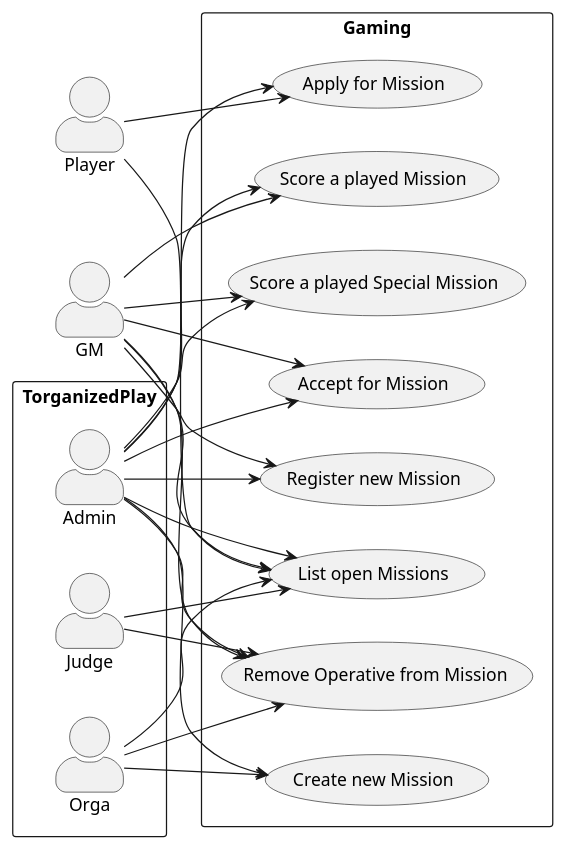
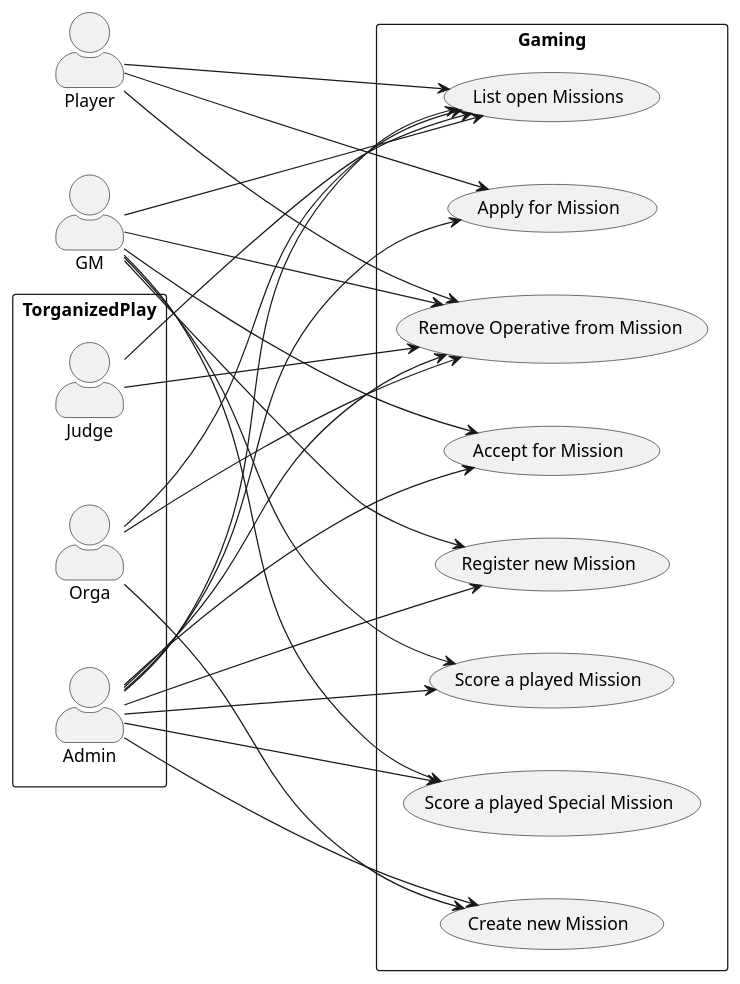
Before and after one commit to Paladins-Inn/torganized-play-architecture: the second of 6 diagrams in src/main/docs/src/03_system_scope_and_context.adoc, drawn with PlantUML. The commit also changed other lines of this file and 30 other files, not shown here.

```diff
--- a/src/main/docs/src/03_system_scope_and_context.adoc
+++ b/src/main/docs/src/03_system_scope_and_context.adoc
@@ -54,53 +60,56 @@
 [plantuml,business-context-gaming,svg]
 ....
 @startuml
 left to right direction
 skinparam actorStyle awesome
+skinparam nodesep 50
+skinparam ranksep 200
 
 actor Player as player
 actor GM as gm
 
 rectangle TorganizedPlay {
     actor Judge as judge
     actor Orga as orga
     actor Admin as admin
 }
 
 rectangle Gaming {
     usecase "Create new Mission" as mcreate
 
     usecase "Register new Mission" as mreg
     usecase "Score a played Mission" as mscore
 
     usecase "Score a played Special Mission" as smscore
 
     usecase "List open Missions" as mlist
     usecase "Apply for Mission" as mapply
     usecase "Accept for Mission" as maccept
     usecase "Remove Operative from Mission" as mremove
 }
 
 player --> mlist
 player --> mapply
+player --> mremove
 gm --> mreg
 gm --> mscore
 gm --> smscore
 gm --> mlist
 gm --> maccept
 gm --> mremove
 judge --> mlist
 judge --> mremove
 orga --> mcreate
 orga --> mlist
 orga --> mremove
 admin --> mcreate
 admin --> mreg
 admin --> mscore
 admin --> smscore
 admin --> mlist
 admin --> mapply
 admin --> maccept
 admin --> mremove
 
 @enduml
 ....
```
